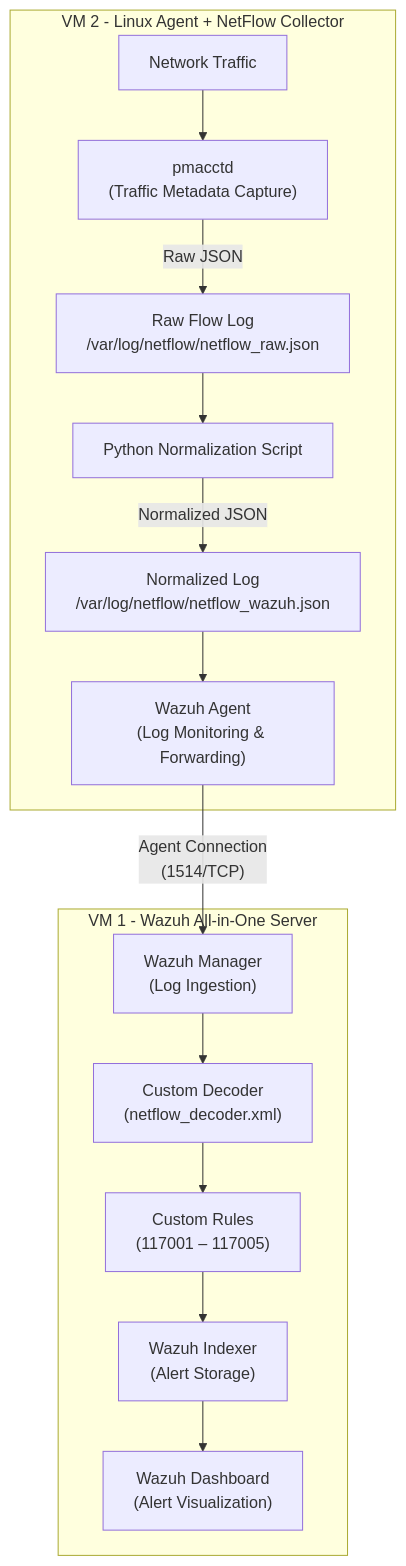
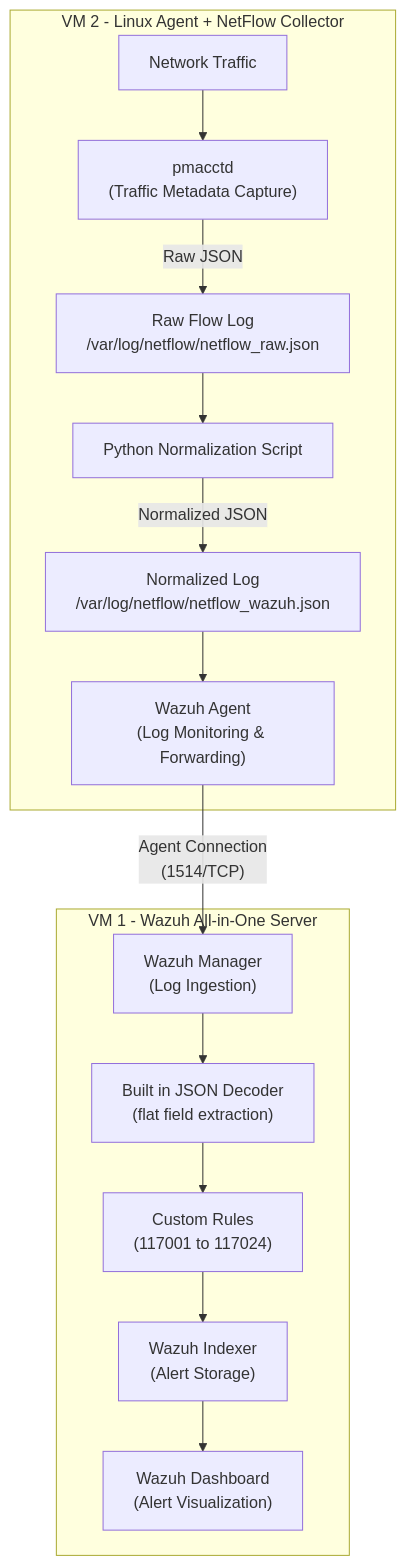
The diagram in docs/architecture.md (dimasqiramadhani/netflow-network-traffic-monitoring), drawn with Mermaid before and after one commit. The commit also changed other lines of this file and 27 other files, not shown here.

````diff
--- a/docs/architecture.md
+++ b/docs/architecture.md
@@ -39,20 +39,20 @@
 ```mermaid
 flowchart TD
     subgraph VM2["VM 2 - Linux Agent + NetFlow Collector"]
         A["Network Traffic"] --> B["pmacctd\n(Traffic Metadata Capture)"]
         B -->|"Raw JSON"| C["Raw Flow Log\n/var/log/netflow/netflow_raw.json"]
         C --> D["Python Normalization Script"]
         D -->|"Normalized JSON"| E["Normalized Log\n/var/log/netflow/netflow_wazuh.json"]
         E --> F["Wazuh Agent\n(Log Monitoring & Forwarding)"]
     end
 
     subgraph VM1["VM 1 - Wazuh All-in-One Server"]
         G["Wazuh Manager\n(Log Ingestion)"]
-        G --> H["Custom Decoder\n(netflow_decoder.xml)"]
-        H --> I["Custom Rules\n(117001 – 117005)"]
+        G --> H["Built in JSON Decoder\n(flat field extraction)"]
+        H --> I["Custom Rules\n(117001 to 117024)"]
         I --> J["Wazuh Indexer\n(Alert Storage)"]
         J --> K["Wazuh Dashboard\n(Alert Visualization)"]
     end
 
     F -- "Agent Connection\n(1514/TCP)" --> G
 ```
````
